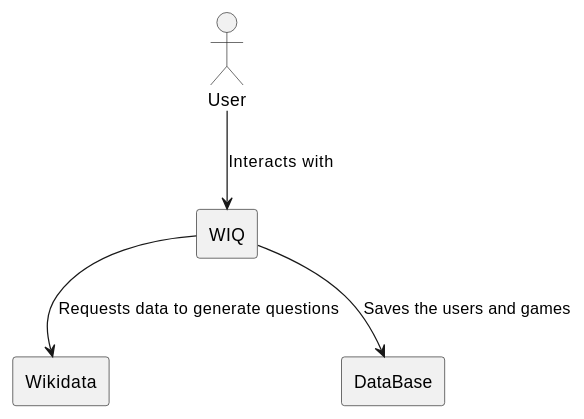
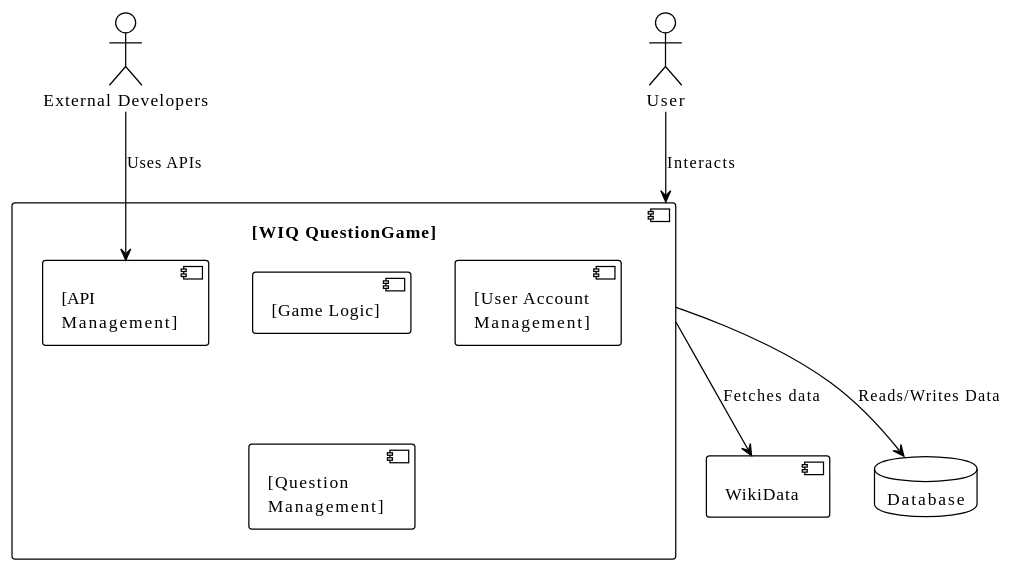
The first of 3 diagrams in docs/src/05_building_block_view.adoc (Arquisoft/wiq_es04b), drawn with PlantUML before and after one commit. The commit also changed other lines of this file and 9 other files, not shown here.

```diff
--- a/docs/src/05_building_block_view.adoc
+++ b/docs/src/05_building_block_view.adoc
@@ -66,15 +9,23 @@
-[plantuml,"Whitebox Overall System",png]
+[plantuml,"Whitebox-overall",png]
 ----
-actor User as User
-rectangle "WIQ" {
-    User --> WIQ : Interacts with
+@startuml
+!theme plain
+
+actor User
+actor "External Developers" as Dev
+component "[WIQ QuestionGame]" as WIQ {
+  component "[Game Logic]" as Logic
+  component "[User Account\nManagement]" as UserMgmt
+  component "[Question\nManagement]" as QuestMgmt
+  component "[API\nManagement]" as APIMgmt
 }
+database "Database" as DB
+[WikiData] as WikiData
 
-rectangle "Wikidata" {
-    WIQ --> Wikidata : Requests data to generate questions
-}
+User --> WIQ : Interacts
+WIQ --> WikiData : Fetches data
+WIQ --> DB : Reads/Writes Data
+Dev --> APIMgmt : Uses APIs
 
-rectangle "DataBase" {
-    WIQ --> DataBase : Saves the users and games
-}
+@enduml
 ----
```
